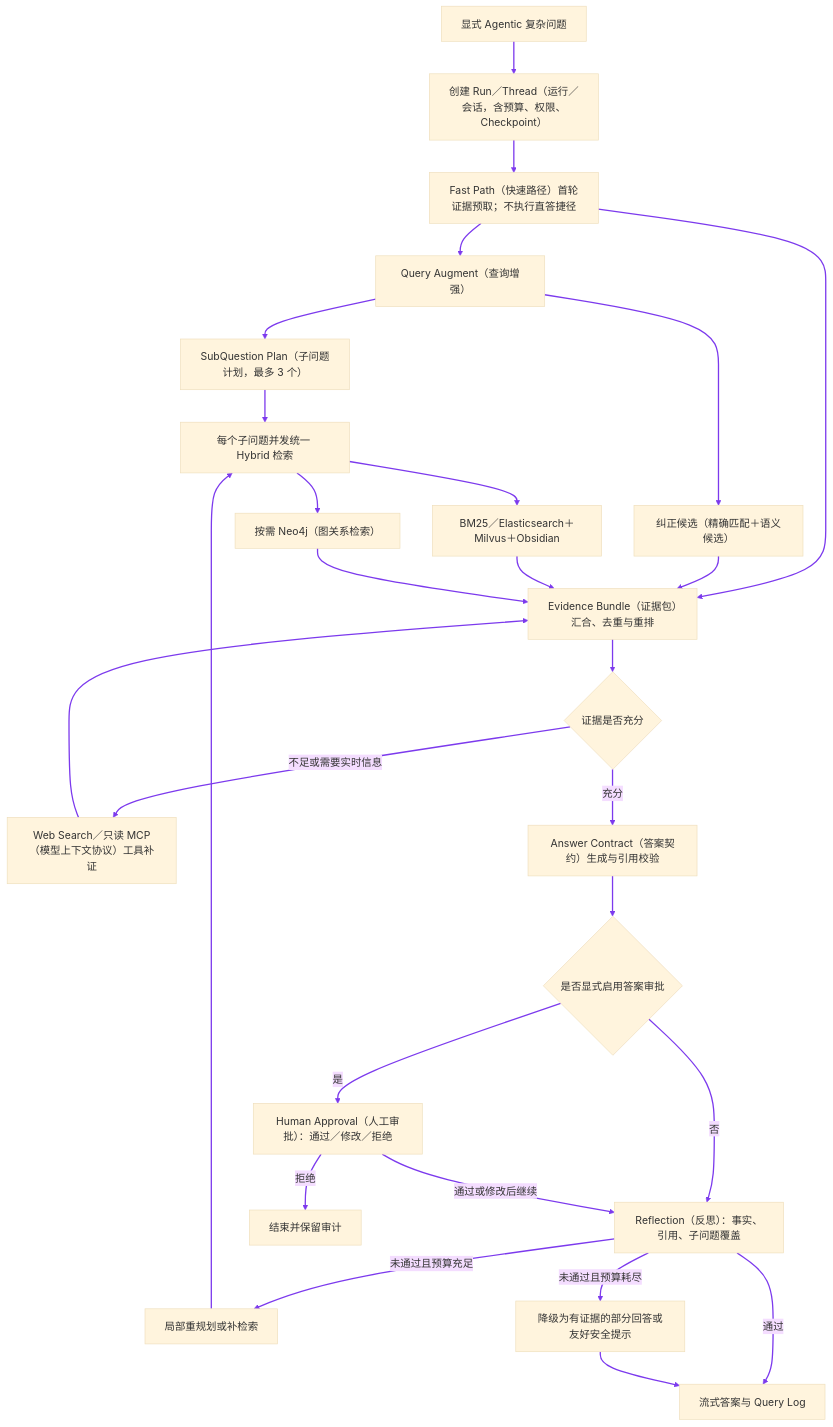
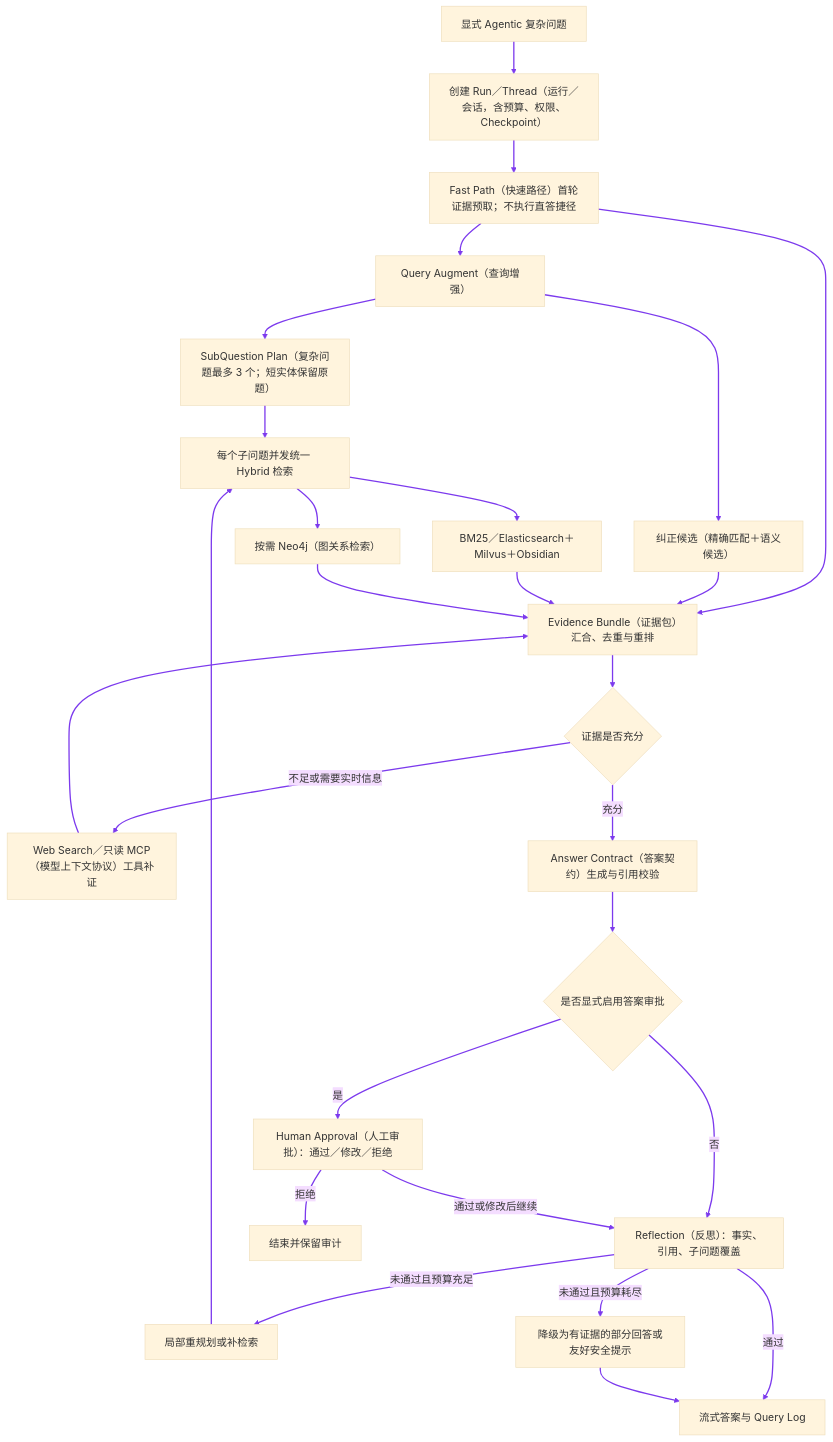
One commit to monstereatai/RAG changed the sixth of 25 diagrams in docs/interview/功能步骤流程.md. Above: the diagram before and after it, drawn with Mermaid (base theme). The commit also changed other lines of this file and 6 other files, not shown here.

````diff
--- a/docs/interview/功能步骤流程.md
+++ b/docs/interview/功能步骤流程.md
@@ -258,30 +259,30 @@
 ```mermaid
 flowchart TB
   A[显式 Agentic 复杂问题] --> B[创建 Run／Thread（运行／会话，含预算、权限、Checkpoint）]
   B --> C[Fast Path（快速路径）首轮证据预取；不执行直答捷径]
   C --> D[Query Augment（查询增强）]
-  D --> E[SubQuestion Plan（子问题计划，最多 3 个）]
+  D --> E[SubQuestion Plan（复杂问题最多 3 个；短实体保留原题）]
   D --> F[纠正候选（精确匹配＋语义候选）]
   E --> G[每个子问题并发统一 Hybrid 检索]
   G --> H[BM25／Elasticsearch＋Milvus＋Obsidian]
   G --> I[按需 Neo4j（图关系检索）]
   C --> J[复用首轮 Fast Path 证据]
   F --> J[Evidence Bundle（证据包）汇合、去重与重排]
   H --> J
   I --> J
   J --> K{证据是否充分}
   K -->|不足或需要实时信息| L[Web Search／只读 MCP（模型上下文协议）工具补证]
   L --> J
   K -->|充分| M[Answer Contract（答案契约）生成与引用校验]
   M --> N{是否显式启用答案审批}
   N -->|是| O[Human Approval（人工审批）：通过／修改／拒绝]
   N -->|否| P[Reflection（反思）：事实、引用、子问题覆盖]
   O -->|通过或修改后继续| P
   O -->|拒绝| Q[结束并保留审计]
   P -->|通过| R[流式答案与 Query Log]
   P -->|未通过且预算充足| S[局部重规划或补检索]
   S --> G
   P -->|未通过且预算耗尽| T[降级为有证据的部分回答或友好安全提示]
   T --> R
   linkStyle 0,1,2,3,4,5,6,7,8,9,10,11,12,13,14,15,16,17,18,19,20,21,22,23,24,25 stroke:#7c3aed,stroke-width:2px
 ```
````
